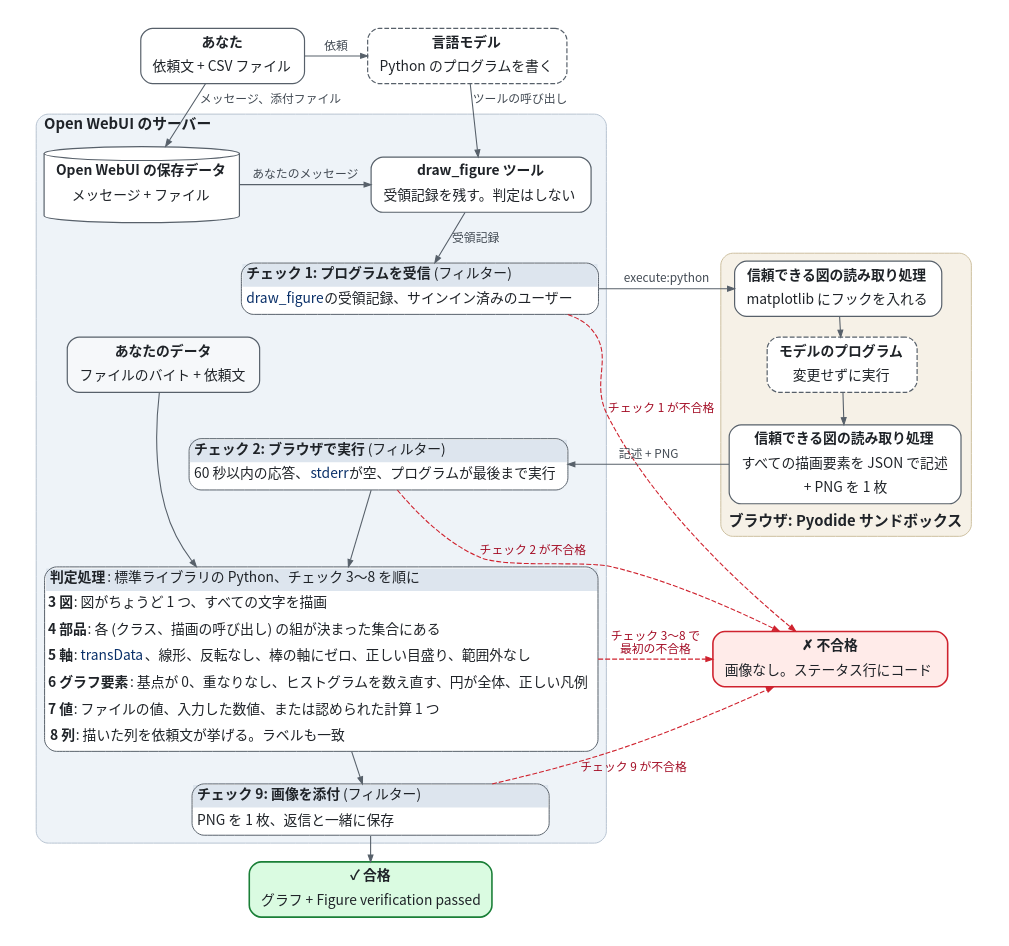
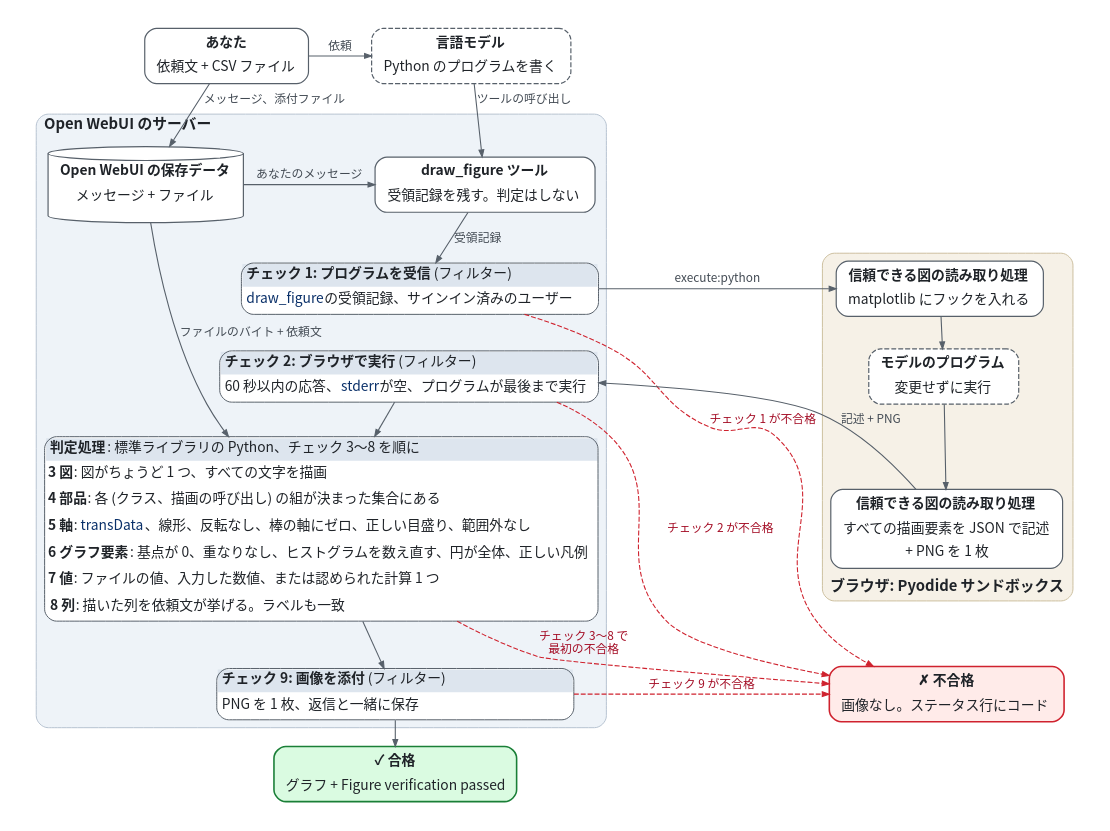
Before and after one commit to eturkes/figure-verification: the diagram in docs/diagrams/verifier.ja.dot, drawn with Graphviz. The commit also changed 5 other files, not shown here.

```diff
--- a/docs/diagrams/verifier.ja.dot
+++ b/docs/diagrams/verifier.ja.dot
@@ -1,76 +1,75 @@
 // SPDX-License-Identifier: Apache-2.0 WITH LLVM-exception
 // 図の検証器が判定するしくみ: 処理の流れと、チェックごとの要約カード。tools/render_diagrams.py が
 // verifier.ja.svg に描画します。すべての規則は docs/checks.ja.md の表にあります。
 digraph verifier {
   graph [fontname="Noto Sans CJK JP", fontsize=15, fontcolor="#1f2328", bgcolor="white",
          pad=0.3, nodesep=0.35, ranksep=0.28, newrank=true, compound=true];
   node [fontname="Noto Sans CJK JP", fontsize=14, fontcolor="#1f2328", shape=box,
         style="rounded,filled", fillcolor="white", color="#57606a", penwidth=1.2,
         margin="0.15,0.06"];
   edge [fontname="Noto Sans CJK JP", fontsize=12, fontcolor="#424a53", color="#57606a",
         arrowsize=0.7, penwidth=1.1];
 
   you [label=<<table border="0" cellborder="0" cellspacing="0" cellpadding="1"><tr><td height="24"><b>あなた</b></td></tr><tr><td height="24">依頼文 + CSV ファイル</td></tr></table>>];
   model [label=<<table border="0" cellborder="0" cellspacing="0" cellpadding="1"><tr><td height="24"><b>言語モデル</b></td></tr><tr><td height="24">Python のプログラムを書く</td></tr></table>>, style="rounded,dashed"];
 
   subgraph cluster_server {
     label=<<b>Open WebUI のサーバー</b>>; labeljust=l; style="rounded,filled";
     fillcolor="#eef3f8"; color="#b6c3d1";
     storage [label=<<table border="0" cellborder="0" cellspacing="0" cellpadding="1"><tr><td height="24"><b>Open WebUI の保存データ</b></td></tr><tr><td height="24">メッセージ + ファイル</td></tr></table>>, shape=cylinder, style=filled];
     tool [label=<<table border="0" cellborder="0" cellspacing="0" cellpadding="1"><tr><td height="24"><b>draw_figure ツール</b></td></tr><tr><td height="24">受領記録を残す。判定はしない</td></tr></table>>];
     c1 [shape=plain, label=<<table border="1" cellborder="0" cellspacing="0" cellpadding="2" style="rounded" color="#57606a" bgcolor="white">
         <tr><td align="left" bgcolor="#dde5ee" cellpadding="4"><b>チェック 1: プログラムを受信</b> (フィルター)</td></tr>
         <tr><td align="left" width="360" height="27" cellpadding="4"><font color="#0a3069">draw_figure</font> の受領記録、サインイン済みのユーザー</td></tr></table>>];
     c2 [shape=plain, label=<<table border="1" cellborder="0" cellspacing="0" cellpadding="2" style="rounded" color="#57606a" bgcolor="white">
         <tr><td align="left" bgcolor="#dde5ee" cellpadding="4"><b>チェック 2: ブラウザで実行</b> (フィルター)</td></tr>
         <tr><td align="left" width="360" height="27" cellpadding="4">60 秒以内の応答、<font color="#0a3069">stderr</font> が空、プログラムが最後まで実行</td></tr></table>>];
 
     judge [shape=plain, label=<<table border="1" cellborder="0" cellspacing="0" cellpadding="2" style="rounded" color="#57606a" bgcolor="white">
         <tr><td align="left" bgcolor="#dde5ee" cellpadding="4"><b>判定処理</b>: 標準ライブラリの Python、チェック 3〜8 を順に</td></tr>
         <tr><td align="left" height="27"><b>3 図</b>: 図がちょうど 1 つ、すべての文字を描画</td></tr>
         <tr><td align="left" height="27"><b>4 部品</b>: 各 (クラス、描画の呼び出し) の組が決まった集合にある</td></tr>
         <tr><td align="left" height="27"><b>5 軸</b>: <font color="#0a3069">transData</font>、線形、反転なし、棒の軸にゼロ、正しい目盛り、範囲外なし</td></tr>
         <tr><td align="left" height="27"><b>6 グラフ要素</b>: 基点が 0、重なりなし、ヒストグラムを数え直す、円が全体、正しい凡例</td></tr>
         <tr><td align="left" height="27"><b>7 値</b>: ファイルの値、入力した数値、または認められた計算 1 つ</td></tr>
         <tr><td align="left" height="27" cellpadding="4"><b>8 列</b>: 描いた列を依頼文が挙げる。ラベルも一致</td></tr></table>>];
 
-    data [label=<<table border="0" cellborder="0" cellspacing="0" cellpadding="1"><tr><td height="24"><b>あなたのデータ</b></td></tr><tr><td height="24">ファイルのバイト + 依頼文</td></tr></table>>, fillcolor="#f6f8fa"];
     c9 [shape=plain, label=<<table border="1" cellborder="0" cellspacing="0" cellpadding="2" style="rounded" color="#57606a" bgcolor="white">
         <tr><td align="left" bgcolor="#dde5ee" cellpadding="4"><b>チェック 9: 画像を添付</b> (フィルター)</td></tr>
         <tr><td align="left" width="360" height="27" cellpadding="4">PNG を 1 枚、返信と一緒に保存</td></tr></table>>];
   }
 
   subgraph cluster_browser {
     label=<<b>ブラウザ: Pyodide サンドボックス</b>>; labeljust=l; labelloc=b; style="rounded,filled";
     fillcolor="#f6f1e7"; color="#cdbf9f";
     hook [label=<<table border="0" cellborder="0" cellspacing="0" cellpadding="1"><tr><td height="24"><b>信頼できる図の読み取り処理</b></td></tr><tr><td height="24">matplotlib にフックを入れる</td></tr></table>>];
     program [label=<<table border="0" cellborder="0" cellspacing="0" cellpadding="1"><tr><td height="24"><b>モデルのプログラム</b></td></tr><tr><td height="24">変更せずに実行</td></tr></table>>, style="rounded,dashed,filled"];
     describe [label=<<table border="0" cellborder="0" cellspacing="0" cellpadding="1"><tr><td height="24"><b>信頼できる図の読み取り処理</b></td></tr><tr><td height="24">すべての描画要素を JSON で記述</td></tr><tr><td height="24">+ PNG を 1 枚</td></tr></table>>];
   }
 
   pass [label=<<table border="0" cellborder="0" cellspacing="0" cellpadding="1"><tr><td height="24"><b>✓ 合格</b></td></tr><tr><td height="24">グラフ + Figure verification passed</td></tr></table>>, color="#1a7f37", fillcolor="#dafbe1", penwidth=1.6];
   fail [label=<<table border="0" cellborder="0" cellspacing="0" cellpadding="1"><tr><td height="24"><b>✗ 不合格</b></td></tr><tr><td height="24">画像なし。ステータス行にコード</td></tr></table>>, color="#cf222e", fillcolor="#ffebe9", penwidth=1.6];
 
   { rank=same; you; model; }
   { rank=same; storage; tool; }
   { rank=same; c1; hook; }
-  { rank=same; c2; describe; }
-  { rank=same; data; program; }
-  { rank=same; judge; fail; }
+  { rank=same; c9; fail; }
 
   you -> model [label="依頼"];
   you -> storage [label="メッセージ、添付ファイル"];
   model -> tool [label="ツールの呼び出し"];
   storage -> tool [label="あなたのメッセージ"];
   tool -> c1 [label="受領記録"];
   c1 -> hook [label="execute:python"];
   hook -> program -> describe;
-  describe -> c2 [label="記述 + PNG"];
+  describe -> c2 [label="記述 + PNG", constraint=false];
+  c1 -> c2 [style=invis];
+  describe -> fail [style=invis, weight=8];
   c2 -> judge -> c9 -> pass;
-  data -> judge;
+  storage -> judge [label="ファイルのバイト + 依頼文"];
   edge [color="#cf222e", fontcolor="#a40e26", style=dashed];
   c1 -> fail [label="チェック 1 が不合格"];
   c2 -> fail [label="チェック 2 が不合格"];
   judge -> fail [label="チェック 3〜8 で\n最初の不合格"];
   c9 -> fail [label="チェック 9 が不合格"];
 }
```
